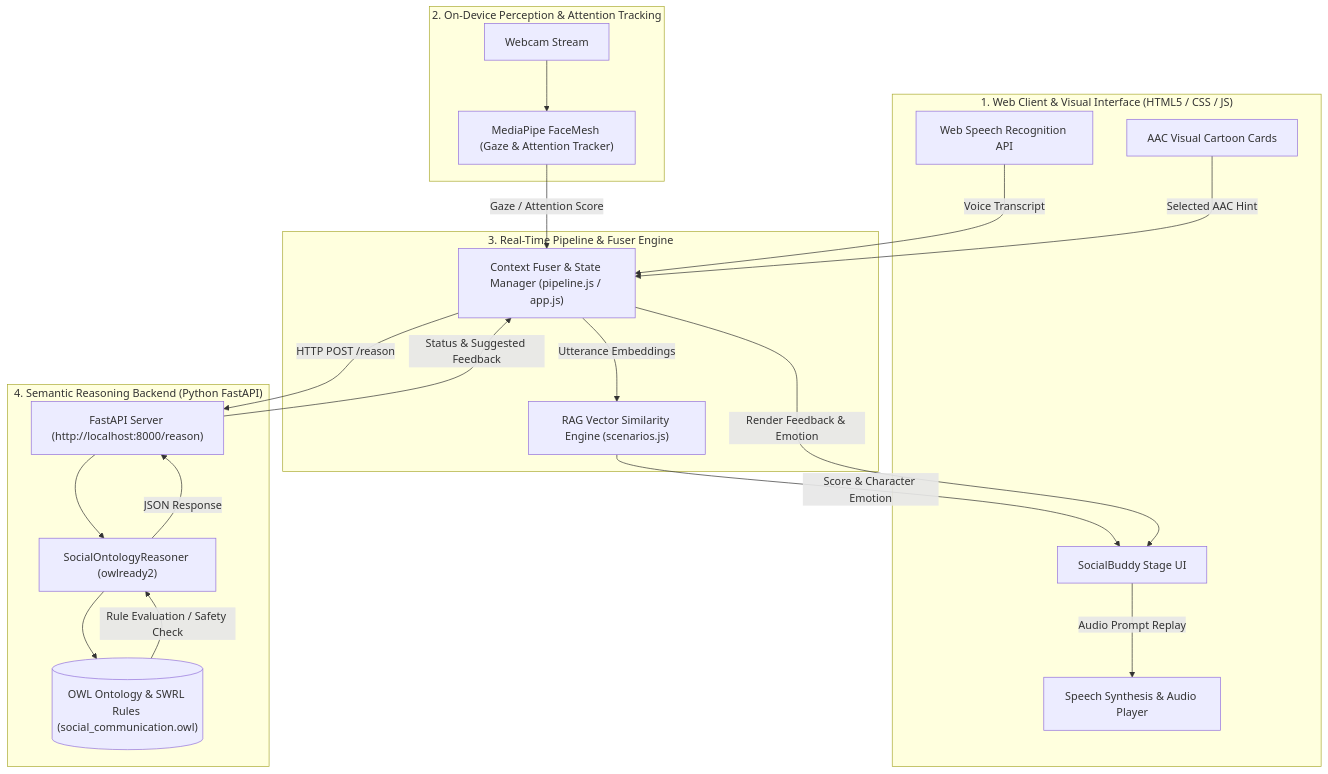
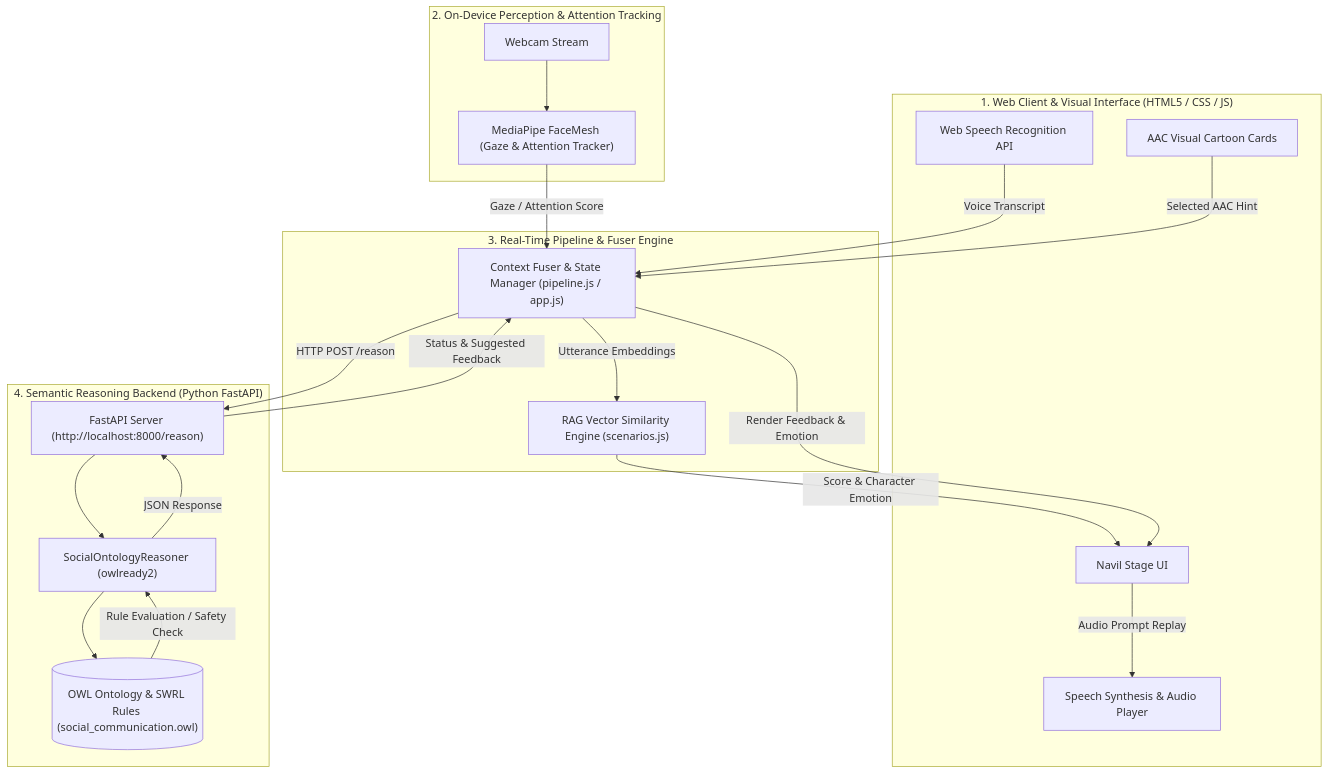
One commit to SreelakshmiAsok/Dialogue-Assistant changed the diagram in README.md. Above: the diagram before and after it, drawn with Mermaid. The commit also changed other lines of this file, not shown here.

````diff
--- a/README.md
+++ b/README.md
@@ -33,42 +33,42 @@
 ```mermaid
 flowchart TD
     subgraph Client["1. Web Client & Visual Interface (HTML5 / CSS / JS)"]
-        UI["SocialBuddy Stage UI"]
+        UI["Navil Stage UI"]
         AAC["AAC Visual Cartoon Cards"]
         TTS["Speech Synthesis & Audio Player"]
         STT["Web Speech Recognition API"]
     end
 
     subgraph Perception["2. On-Device Perception & Attention Tracking"]
         Cam["Webcam Stream"]
         FaceMesh["MediaPipe FaceMesh (Gaze & Attention Tracker)"]
     end
 
     subgraph Pipeline["3. Real-Time Pipeline & Fuser Engine"]
         Fuser["Context Fuser & State Manager (pipeline.js / app.js)"]
         RAG["RAG Vector Similarity Engine (scenarios.js)"]
     end
 
     subgraph Backend["4. Semantic Reasoning Backend (Python FastAPI)"]
         API["FastAPI Server (http://localhost:8000/reason)"]
         Reasoner["SocialOntologyReasoner (owlready2)"]
         OWL[("OWL Ontology & SWRL Rules (social_communication.owl)")]
     end
 
     Cam --> FaceMesh
     FaceMesh -- "Gaze / Attention Score" --> Fuser
     STT -- "Voice Transcript" --> Fuser
     AAC -- "Selected AAC Hint" --> Fuser
 
     Fuser -- "HTTP POST /reason" --> API
     API --> Reasoner
     Reasoner --> OWL
     OWL -- "Rule Evaluation / Safety Check" --> Reasoner
     Reasoner -- "JSON Response" --> API
     API -- "Status & Suggested Feedback" --> Fuser
 
     Fuser -- "Utterance Embeddings" --> RAG
     RAG -- "Score & Character Emotion" --> UI
     Fuser -- "Render Feedback & Emotion" --> UI
     UI -- "Audio Prompt Replay" --> TTS
 ```
````
